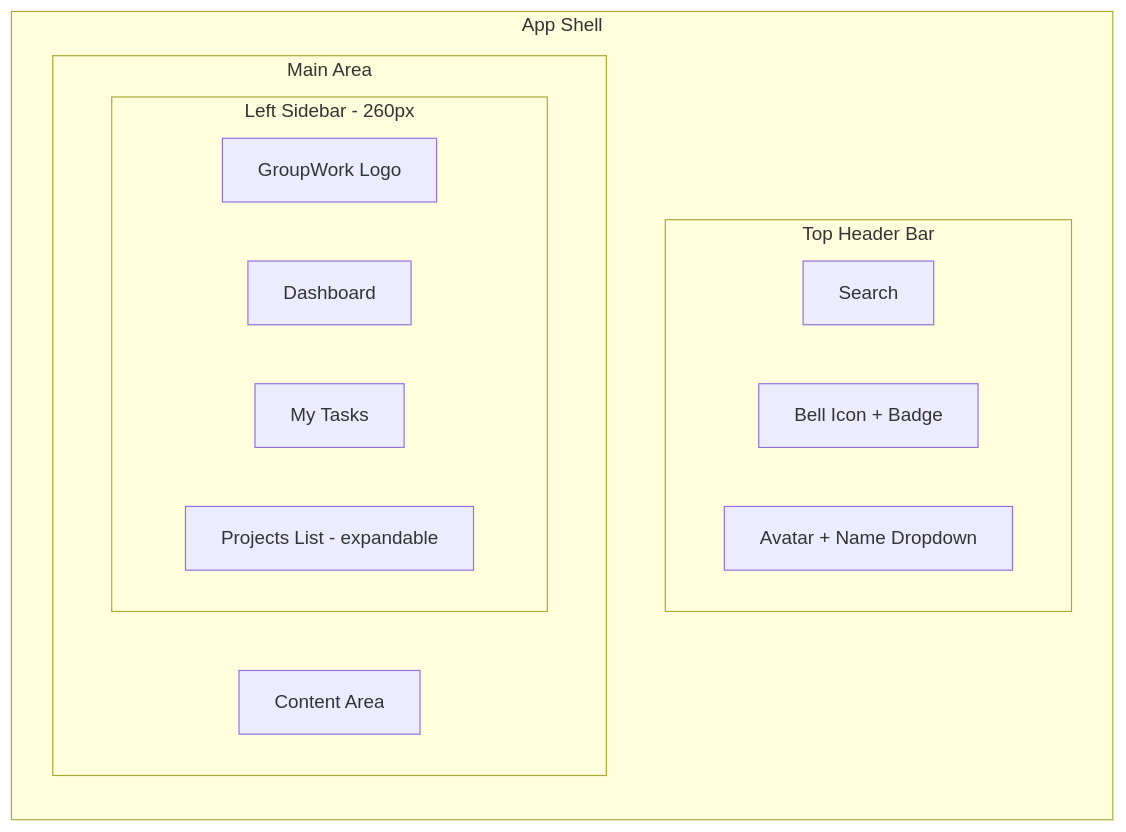
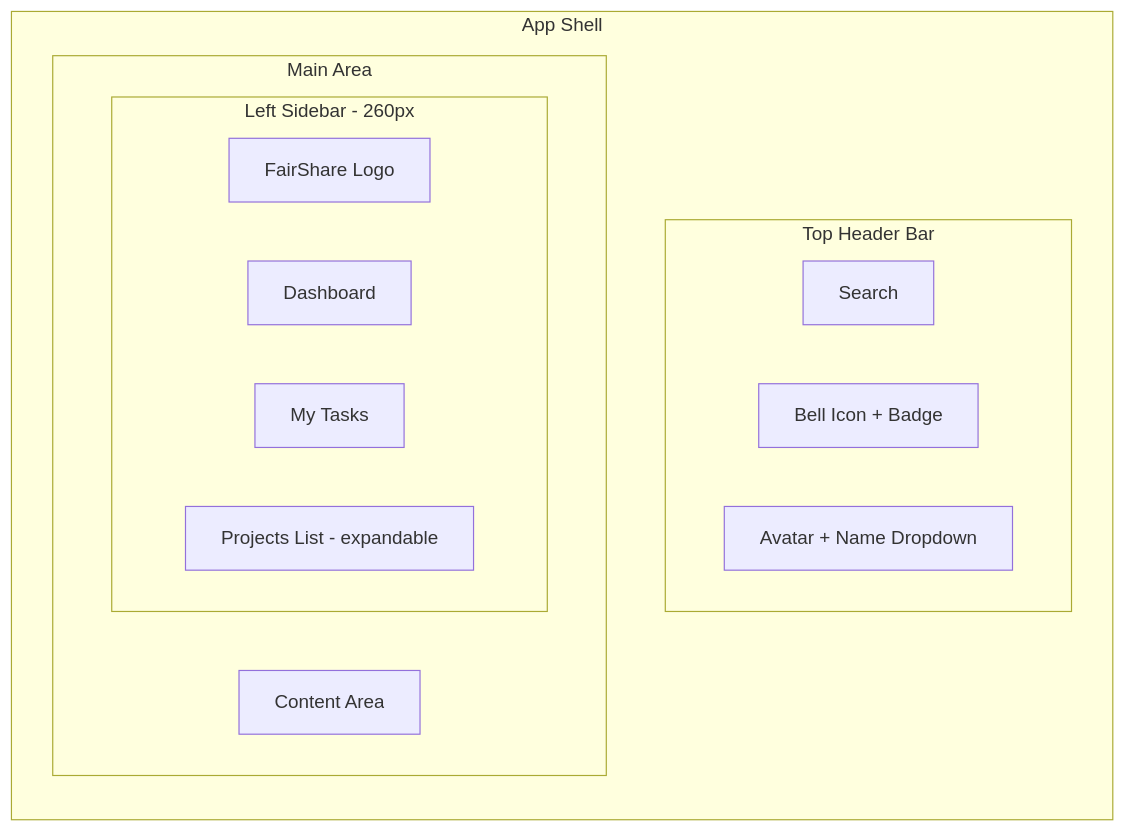
One commit to owaisw26/groupwork changed the first of 3 diagrams in docs/groupwork_prd.md. Above: the diagram before and after it, drawn with Mermaid. The commit also changed other lines of this file and 17 other files, not shown here.

Commit message:
Rename product to FairShare

````diff
--- a/docs/groupwork_prd.md
+++ b/docs/groupwork_prd.md
@@ -282,21 +282,21 @@
 ```mermaid
 flowchart LR
     subgraph shell [App Shell]
         direction TB
         subgraph topBar [Top Header Bar]
             SearchBar[Search]
             NotifBell[Bell Icon + Badge]
             UserAvatar[Avatar + Name Dropdown]
         end
         subgraph mainArea [Main Area]
             direction LR
             subgraph sidebar [Left Sidebar - 260px]
-                Logo[GroupWork Logo]
+                Logo[FairShare Logo]
                 DashLink[Dashboard]
                 MyTasks[My Tasks]
                 ProjectsList[Projects List - expandable]
             end
             ContentArea[Content Area]
         end
     end
 ```
````
